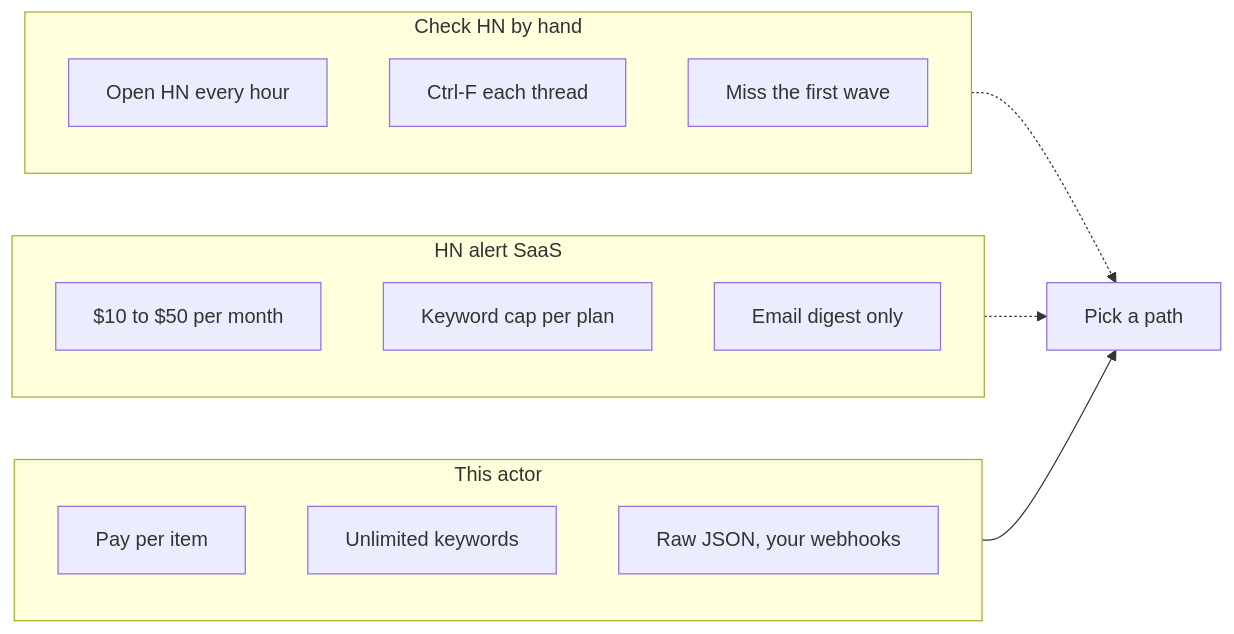
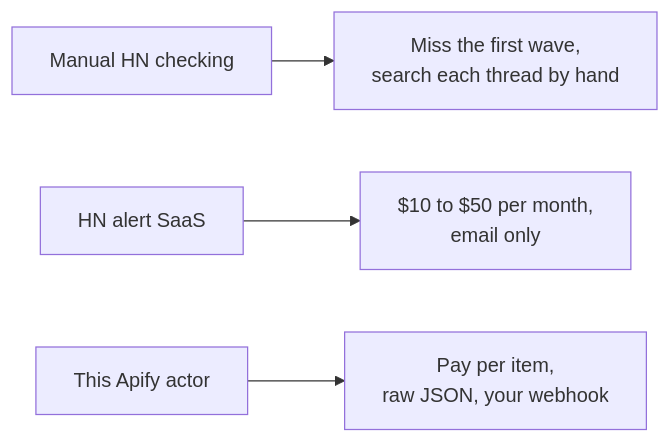
One commit to Ken-Mutisya/scrapemint changed the third of 3 diagrams in actors/hn-lead-monitor/README.md. Above: the diagram before and after it, drawn with Mermaid. The commit also changed other lines of this file and 3 other files, not shown here.

````diff
--- a/actors/hn-lead-monitor/README.md
+++ b/actors/hn-lead-monitor/README.md
@@ -62,21 +108,6 @@
 ```mermaid
 flowchart LR
-    subgraph Manual[Check HN by hand]
-        A1[Open HN every hour]
-        A2[Ctrl-F each thread]
-        A3[Miss the first wave]
-    end
-    subgraph SaaS[HN alert SaaS]
-        B1[$10 to $50 per month]
-        B2[Keyword cap per plan]
-        B3[Email digest only]
-    end
-    subgraph Actor[This actor]
-        C1[Pay per item]
-        C2[Unlimited keywords]
-        C3[Raw JSON, your webhooks]
-    end
-    Manual -.-> X[Pick a path]
-    SaaS -.-> X
-    Actor --> X
+    M[Manual HN checking] --> X[Miss the first wave,<br/>search each thread by hand]
+    S[HN alert SaaS] --> Y[$10 to $50 per month,<br/>email only]
+    A[This Apify actor] --> Z[Pay per item,<br/>raw JSON, your webhook]
 ```
````
